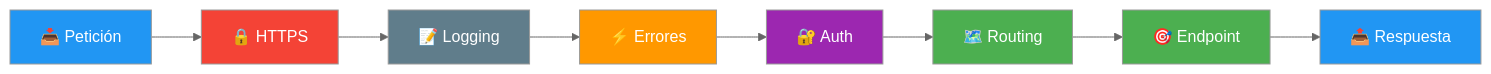
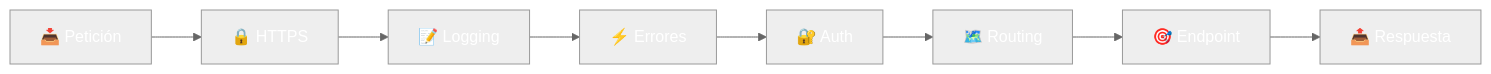
One commit to joseluisgs/DesarrolloWebEntornosServidor-02-2026-2027 changed the fourth of 6 diagrams in 05-arquitectura-pipeline.md. Above: the diagram before and after it, drawn with Mermaid (neutral theme). The commit also changed other lines of this file and 41 other files, not shown here.

````diff
--- a/05-arquitectura-pipeline.md
+++ b/05-arquitectura-pipeline.md
@@ -172,18 +172,18 @@
 ```mermaid
 flowchart LR
     A["📥 Petición"] --> B["🔒 HTTPS"]
     B --> C["📝 Logging"]
     C --> D["⚡ Errores"]
     D --> E["🔐 Auth"]
     E --> F["🗺️ Routing"]
     F --> G["🎯 Endpoint"]
     G --> H["📤 Respuesta"]
-    style A fill:#2196F3,color:#fff
-    style B fill:#f44336,color:#fff
-    style C fill:#607D8B,color:#fff
-    style D fill:#FF9800,color:#fff
-    style E fill:#9C27B0,color:#fff
-    style F fill:#4CAF50,color:#fff
-    style G fill:#4CAF50,color:#fff
-    style H fill:#2196F3,color:#fff
+    style A fill:#2196F,color:#fff3,color:#fff
+    style B fill:#f4433,color:#fff6,color:#fff
+    style C fill:#607D8,color:#fffB,color:#fff
+    style D fill:#FF980,color:#fff0,color:#fff
+    style E fill:#9C27B,color:#fff0,color:#fff
+    style F fill:#4CAF5,color:#fff0,color:#fff
+    style G fill:#4CAF5,color:#fff0,color:#fff
+    style H fill:#2196F,color:#fff3,color:#fff
 ```
````
